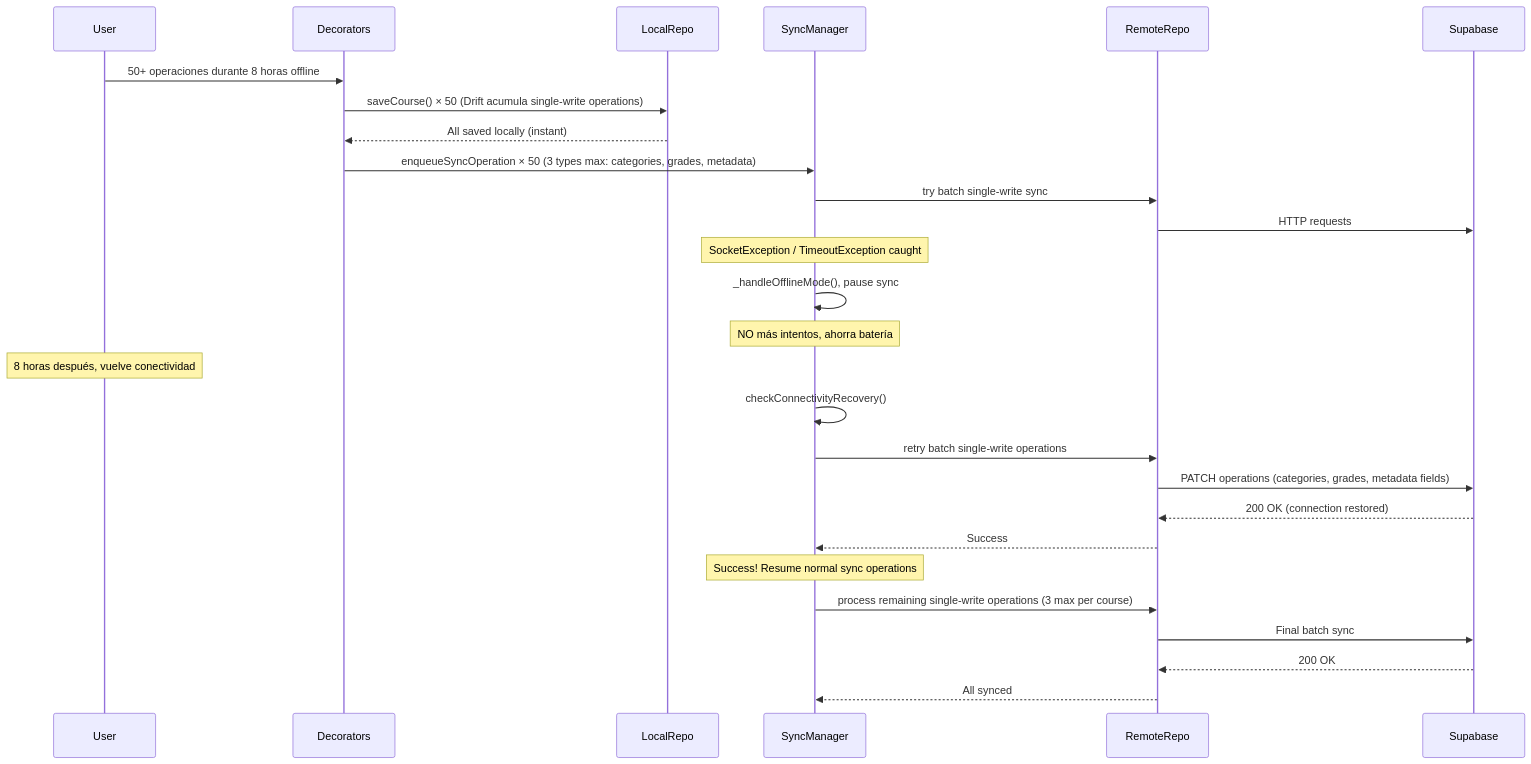
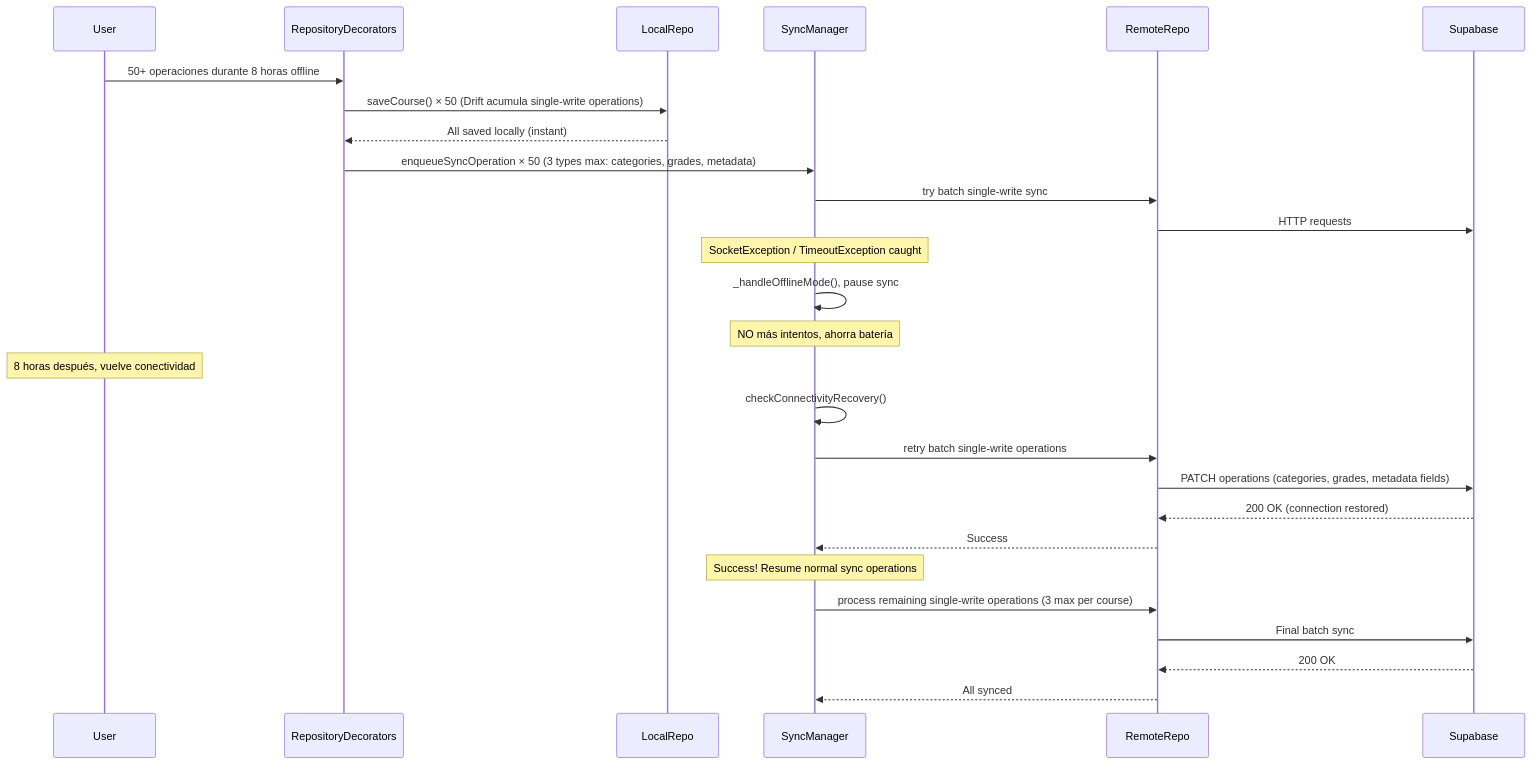
The fourth of 6 diagrams in docs/database/database-optimization-strategy.md (sigapp-unp/sigapp-mobile), drawn with Mermaid before and after one commit. The commit also changed other lines of this file and 76 other files, not shown here.

````diff
--- a/docs/database/database-optimization-strategy.md
+++ b/docs/database/database-optimization-strategy.md
@@ -213,36 +213,36 @@
 ```mermaid
 sequenceDiagram
     participant User
-    participant Decorators
+    participant RepositoryDecorators
     participant LocalRepo
     participant SyncManager
     participant RemoteRepo
     participant Supabase
 
-    User->>Decorators: 50+ operaciones durante 8 horas offline
-    Decorators->>LocalRepo: saveCourse() × 50 (Drift acumula single-write operations)
-    LocalRepo-->>Decorators: All saved locally (instant)
-    Decorators->>SyncManager: enqueueSyncOperation × 50 (3 types max: categories, grades, metadata)
+    User->>RepositoryDecorators: 50+ operaciones durante 8 horas offline
+    RepositoryDecorators->>LocalRepo: saveCourse() × 50 (Drift acumula single-write operations)
+    LocalRepo-->>RepositoryDecorators: All saved locally (instant)
+    RepositoryDecorators->>SyncManager: enqueueSyncOperation × 50 (3 types max: categories, grades, metadata)
 
     SyncManager->>RemoteRepo: try batch single-write sync
     RemoteRepo->>Supabase: HTTP requests
     Note over SyncManager: SocketException / TimeoutException caught
     SyncManager->>SyncManager: _handleOfflineMode(), pause sync
 
     Note over SyncManager: NO más intentos, ahorra batería
 
     Note over User: 8 horas después, vuelve conectividad
 
     SyncManager->>SyncManager: checkConnectivityRecovery()
     SyncManager->>RemoteRepo: retry batch single-write operations
     RemoteRepo->>Supabase: PATCH operations (categories, grades, metadata fields)
     Supabase-->>RemoteRepo: 200 OK (connection restored)
     RemoteRepo-->>SyncManager: Success
 
     Note over SyncManager: Success! Resume normal sync operations
 
     SyncManager->>RemoteRepo: process remaining single-write operations (3 max per course)
     RemoteRepo->>Supabase: Final batch sync
     Supabase-->>RemoteRepo: 200 OK
     RemoteRepo-->>SyncManager: All synced
 ```
````
